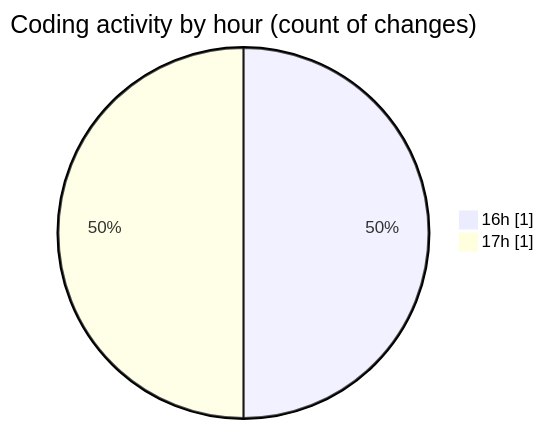
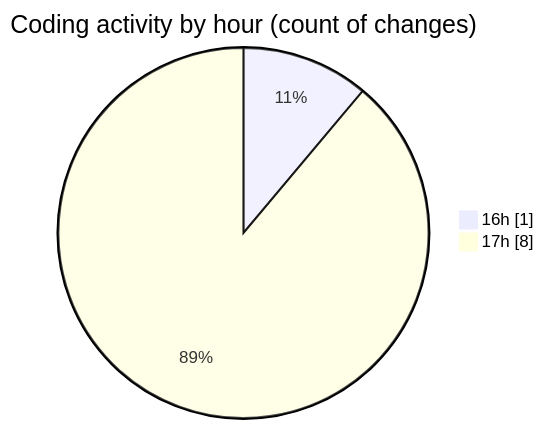
The second of 2 diagrams in 2025-09-16/nxtqube_webapp/README.md (nxtqubesakshisongat/code-tracking), drawn with Mermaid before and after one commit. The commit also changed other lines of this file and 1 other file, not shown here.

````diff
--- a/2025-09-16/nxtqube_webapp/README.md
+++ b/2025-09-16/nxtqube_webapp/README.md
@@ -28,6 +28,6 @@
 ```mermaid
 pie showData
 title Coding activity by hour (count of changes)
 "16h" : 1
-"17h" : 1
+"17h" : 8
 ```
````
